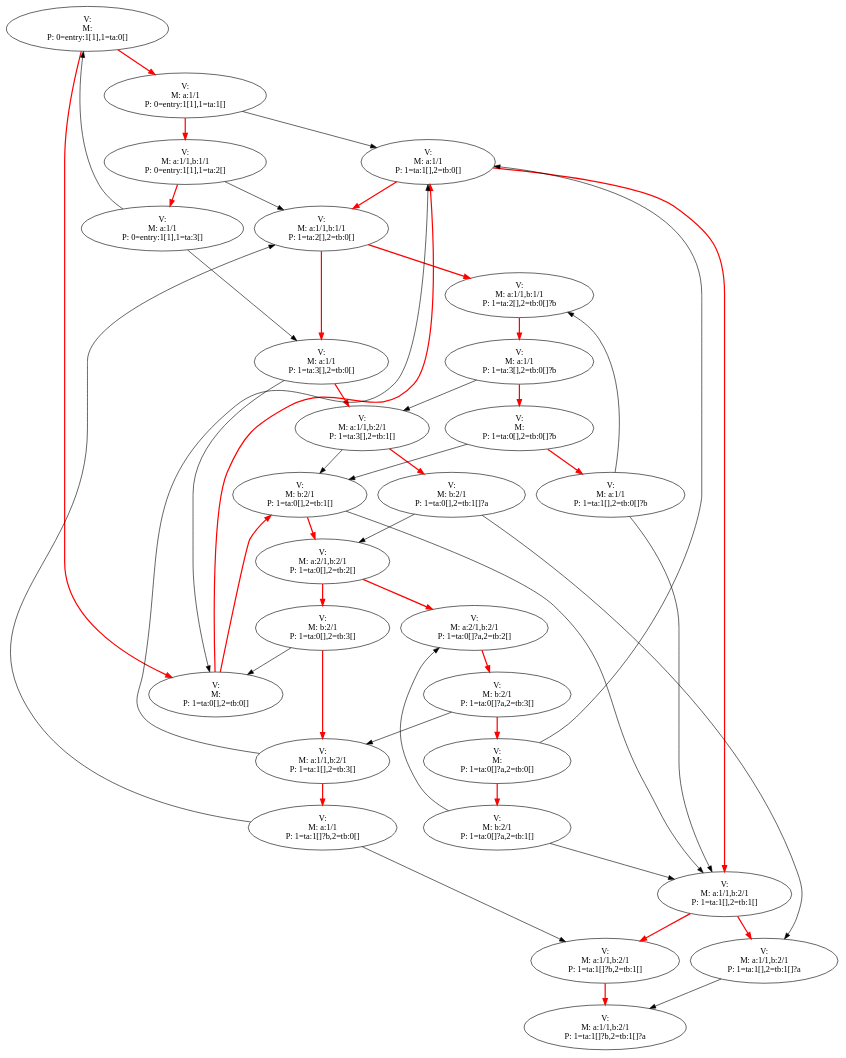
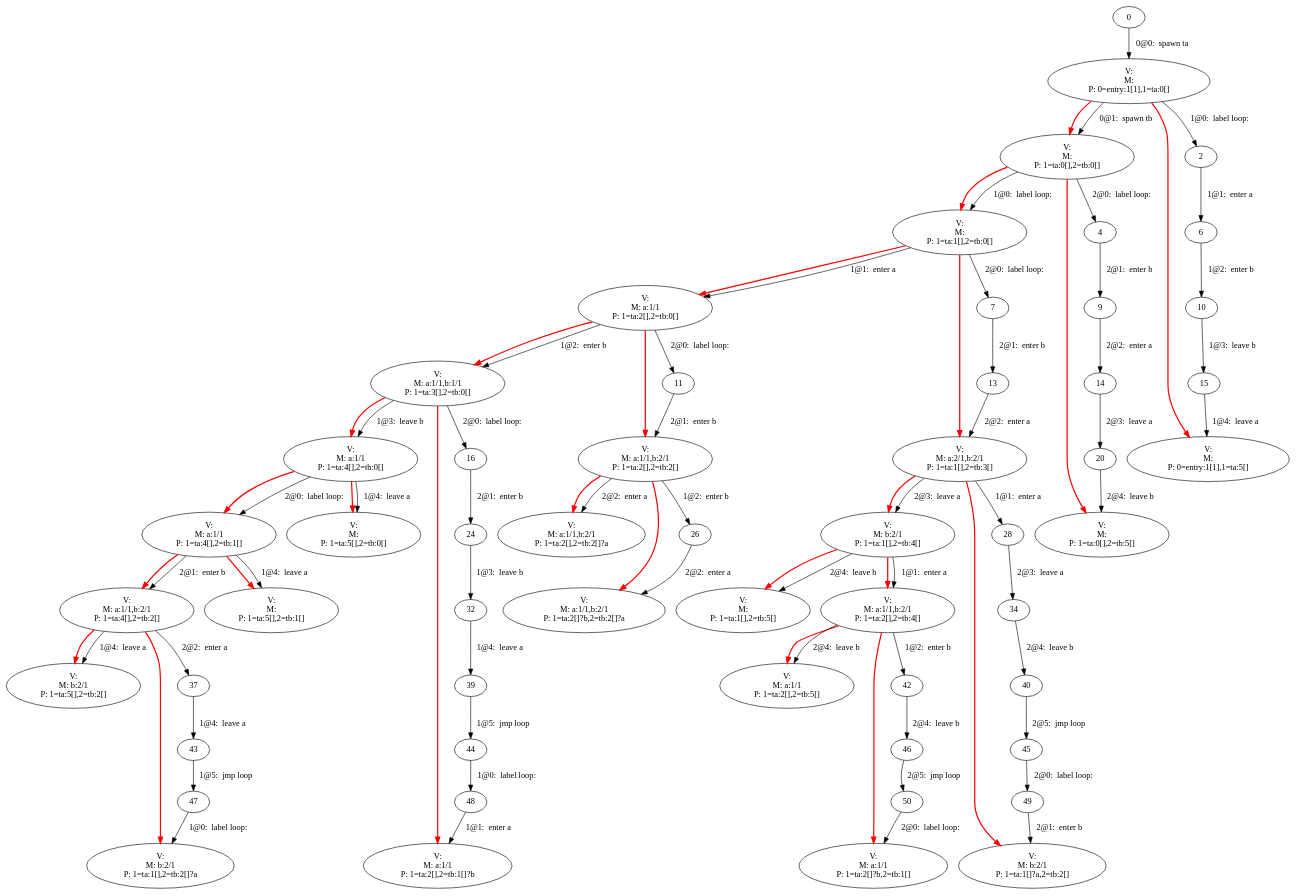
Before and after one commit to jkff/minxmod: the diagram in deadlock.dot, drawn with Graphviz. The commit also changed 4 other files, not shown here.

Commit message:
First (broken) draft of annotated graphs - need to fix the generated graph

```diff
--- a/deadlock.dot
+++ b/deadlock.dot
@@ -1,77 +1,105 @@
 digraph g {
 1 [label = "V: \nM: \nP: 0=entry:1[1],1=ta:0[]"]
-2 [label = "V: \nM: a:1/1\nP: 0=entry:1[1],1=ta:1[]"]
 3 [label = "V: \nM: \nP: 1=ta:0[],2=tb:0[]"]
-4 [label = "V: \nM: b:2/1\nP: 1=ta:0[],2=tb:1[]"]
-5 [label = "V: \nM: a:1/1\nP: 1=ta:1[],2=tb:0[]"]
-6 [label = "V: \nM: a:1/1,b:1/1\nP: 0=entry:1[1],1=ta:2[]"]
-7 [label = "V: \nM: a:1/1,b:2/1\nP: 1=ta:1[],2=tb:1[]"]
-8 [label = "V: \nM: a:1/1,b:1/1\nP: 1=ta:2[],2=tb:0[]"]
-9 [label = "V: \nM: a:2/1,b:2/1\nP: 1=ta:0[],2=tb:2[]"]
-10 [label = "V: \nM: a:1/1\nP: 0=entry:1[1],1=ta:3[]"]
-11 [label = "V: \nM: a:1/1,b:1/1\nP: 1=ta:2[],2=tb:0[]?b"]
-12 [label = "V: \nM: a:1/1\nP: 1=ta:3[],2=tb:0[]"]
-13 [label = "V: \nM: a:1/1,b:2/1\nP: 1=ta:1[],2=tb:1[]?a"]
-14 [label = "V: \nM: a:1/1,b:2/1\nP: 1=ta:1[]?b,2=tb:1[]"]
-15 [label = "V: \nM: b:2/1\nP: 1=ta:0[],2=tb:3[]"]
-16 [label = "V: \nM: a:2/1,b:2/1\nP: 1=ta:0[]?a,2=tb:2[]"]
-18 [label = "V: \nM: a:1/1,b:2/1\nP: 1=ta:3[],2=tb:1[]"]
-20 [label = "V: \nM: a:1/1\nP: 1=ta:3[],2=tb:0[]?b"]
-21 [label = "V: \nM: a:1/1,b:2/1\nP: 1=ta:1[]?b,2=tb:1[]?a"]
-22 [label = "V: \nM: b:2/1\nP: 1=ta:0[]?a,2=tb:3[]"]
-24 [label = "V: \nM: a:1/1,b:2/1\nP: 1=ta:1[],2=tb:3[]"]
-32 [label = "V: \nM: \nP: 1=ta:0[],2=tb:0[]?b"]
-33 [label = "V: \nM: \nP: 1=ta:0[]?a,2=tb:0[]"]
-35 [label = "V: \nM: b:2/1\nP: 1=ta:0[],2=tb:1[]?a"]
-36 [label = "V: \nM: a:1/1\nP: 1=ta:1[],2=tb:0[]?b"]
-37 [label = "V: \nM: b:2/1\nP: 1=ta:0[]?a,2=tb:1[]"]
-38 [label = "V: \nM: a:1/1\nP: 1=ta:1[]?b,2=tb:0[]"]
+5 [label = "V: \nM: \nP: 1=ta:1[],2=tb:0[]"]
+8 [label = "V: \nM: a:1/1\nP: 1=ta:2[],2=tb:0[]"]
+12 [label = "V: \nM: a:1/1,b:1/1\nP: 1=ta:3[],2=tb:0[]"]
+17 [label = "V: \nM: a:1/1\nP: 1=ta:4[],2=tb:0[]"]
+18 [label = "V: \nM: a:1/1,b:2/1\nP: 1=ta:2[],2=tb:2[]"]
+19 [label = "V: \nM: a:2/1,b:2/1\nP: 1=ta:1[],2=tb:3[]"]
+21 [label = "V: \nM: \nP: 0=entry:1[1],1=ta:5[]"]
+22 [label = "V: \nM: a:1/1\nP: 1=ta:4[],2=tb:1[]"]
+23 [label = "V: \nM: \nP: 1=ta:5[],2=tb:0[]"]
+25 [label = "V: \nM: a:1/1,b:2/1\nP: 1=ta:2[],2=tb:2[]?a"]
+27 [label = "V: \nM: b:2/1\nP: 1=ta:1[],2=tb:4[]"]
+29 [label = "V: \nM: \nP: 1=ta:0[],2=tb:5[]"]
+30 [label = "V: \nM: a:1/1,b:2/1\nP: 1=ta:4[],2=tb:2[]"]
+31 [label = "V: \nM: \nP: 1=ta:5[],2=tb:1[]"]
+33 [label = "V: \nM: a:1/1,b:2/1\nP: 1=ta:2[]?b,2=tb:2[]?a"]
+35 [label = "V: \nM: \nP: 1=ta:1[],2=tb:5[]"]
+36 [label = "V: \nM: a:1/1,b:2/1\nP: 1=ta:2[],2=tb:4[]"]
+38 [label = "V: \nM: b:2/1\nP: 1=ta:5[],2=tb:2[]"]
+41 [label = "V: \nM: a:1/1\nP: 1=ta:2[],2=tb:5[]"]
+51 [label = "V: \nM: b:2/1\nP: 1=ta:1[],2=tb:2[]?a"]
+52 [label = "V: \nM: a:1/1\nP: 1=ta:2[],2=tb:1[]?b"]
+53 [label = "V: \nM: b:2/1\nP: 1=ta:1[]?a,2=tb:2[]"]
+54 [label = "V: \nM: a:1/1\nP: 1=ta:2[]?b,2=tb:1[]"]
 1 -> 3 [style=bold, color=red, weight=10]
-1 -> 2 [style=bold, color=red, weight=10]
-2 -> 5 [constraint=true]
-2 -> 6 [style=bold, color=red, weight=10]
+1 -> 21 [style=bold, color=red, weight=10]
 3 -> 5 [style=bold, color=red, weight=10]
-3 -> 4 [style=bold, color=red, weight=10]
-4 -> 7 [constraint=true]
-4 -> 9 [style=bold, color=red, weight=10]
+3 -> 29 [style=bold, color=red, weight=10]
 5 -> 8 [style=bold, color=red, weight=10]
-5 -> 7 [style=bold, color=red, weight=10]
-6 -> 8 [constraint=true]
-6 -> 10 [style=bold, color=red, weight=10]
-7 -> 14 [style=bold, color=red, weight=10]
-7 -> 13 [style=bold, color=red, weight=10]
+5 -> 19 [style=bold, color=red, weight=10]
 8 -> 12 [style=bold, color=red, weight=10]
-8 -> 11 [style=bold, color=red, weight=10]
-9 -> 16 [style=bold, color=red, weight=10]
-9 -> 15 [style=bold, color=red, weight=10]
-10 -> 12 [constraint=true]
-10 -> 1 [constraint=true]
-11 -> 20 [style=bold, color=red, weight=10]
-12 -> 3 [constraint=true]
-12 -> 18 [style=bold, color=red, weight=10]
-13 -> 21 [constraint=true]
-14 -> 21 [style=bold, color=red, weight=10]
-15 -> 24 [style=bold, color=red, weight=10]
-15 -> 3 [constraint=true]
-16 -> 22 [style=bold, color=red, weight=10]
-18 -> 4 [constraint=true]
-18 -> 35 [style=bold, color=red, weight=10]
-20 -> 32 [style=bold, color=red, weight=10]
-20 -> 18 [constraint=true]
-22 -> 24 [constraint=true]
-22 -> 33 [style=bold, color=red, weight=10]
-24 -> 38 [style=bold, color=red, weight=10]
-24 -> 5 [constraint=true]
-32 -> 36 [style=bold, color=red, weight=10]
-32 -> 4 [constraint=true]
-33 -> 5 [constraint=true]
-33 -> 37 [style=bold, color=red, weight=10]
-35 -> 13 [constraint=true]
-35 -> 9 [constraint=true]
-36 -> 11 [constraint=true]
-36 -> 7 [constraint=true]
-37 -> 7 [constraint=true]
-37 -> 16 [constraint=true]
-38 -> 8 [constraint=true]
-38 -> 14 [constraint=true]
+8 -> 18 [style=bold, color=red, weight=10]
+12 -> 17 [style=bold, color=red, weight=10]
+12 -> 52 [style=bold, color=red, weight=10]
+17 -> 23 [style=bold, color=red, weight=10]
+17 -> 22 [style=bold, color=red, weight=10]
+18 -> 33 [style=bold, color=red, weight=10]
+18 -> 25 [style=bold, color=red, weight=10]
+19 -> 53 [style=bold, color=red, weight=10]
+19 -> 27 [style=bold, color=red, weight=10]
+22 -> 31 [style=bold, color=red, weight=10]
+22 -> 30 [style=bold, color=red, weight=10]
+27 -> 36 [style=bold, color=red, weight=10]
+27 -> 35 [style=bold, color=red, weight=10]
+30 -> 38 [style=bold, color=red, weight=10]
+30 -> 51 [style=bold, color=red, weight=10]
+36 -> 54 [style=bold, color=red, weight=10]
+36 -> 41 [style=bold, color=red, weight=10]
+0 -> 1 [label = "0@0:  spawn ta\n"]
+1 -> 2 [label = "1@0:  label loop:\n"]
+1 -> 3 [label = "0@1:  spawn tb\n"]
+2 -> 6 [label = "1@1:  enter a\n"]
+3 -> 4 [label = "2@0:  label loop:\n"]
+3 -> 5 [label = "1@0:  label loop:\n"]
+4 -> 9 [label = "2@1:  enter b\n"]
+5 -> 7 [label = "2@0:  label loop:\n"]
+5 -> 8 [label = "1@1:  enter a\n"]
+6 -> 10 [label = "1@2:  enter b\n"]
+7 -> 13 [label = "2@1:  enter b\n"]
+8 -> 11 [label = "2@0:  label loop:\n"]
+8 -> 12 [label = "1@2:  enter b\n"]
+9 -> 14 [label = "2@2:  enter a\n"]
+10 -> 15 [label = "1@3:  leave b\n"]
+11 -> 18 [label = "2@1:  enter b\n"]
+12 -> 16 [label = "2@0:  label loop:\n"]
+12 -> 17 [label = "1@3:  leave b\n"]
+13 -> 19 [label = "2@2:  enter a\n"]
+14 -> 20 [label = "2@3:  leave a\n"]
+15 -> 21 [label = "1@4:  leave a\n"]
+16 -> 24 [label = "2@1:  enter b\n"]
+17 -> 22 [label = "2@0:  label loop:\n"]
+17 -> 23 [label = "1@4:  leave a\n"]
+18 -> 25 [label = "2@2:  enter a\n"]
+18 -> 26 [label = "1@2:  enter b\n"]
+19 -> 27 [label = "2@3:  leave a\n"]
+19 -> 28 [label = "1@1:  enter a\n"]
+20 -> 29 [label = "2@4:  leave b\n"]
+22 -> 30 [label = "2@1:  enter b\n"]
+22 -> 31 [label = "1@4:  leave a\n"]
+24 -> 32 [label = "1@3:  leave b\n"]
+26 -> 33 [label = "2@2:  enter a\n"]
+27 -> 35 [label = "2@4:  leave b\n"]
+27 -> 36 [label = "1@1:  enter a\n"]
+28 -> 34 [label = "2@3:  leave a\n"]
+30 -> 37 [label = "2@2:  enter a\n"]
+30 -> 38 [label = "1@4:  leave a\n"]
+32 -> 39 [label = "1@4:  leave a\n"]
+34 -> 40 [label = "2@4:  leave b\n"]
+36 -> 41 [label = "2@4:  leave b\n"]
+36 -> 42 [label = "1@2:  enter b\n"]
+37 -> 43 [label = "1@4:  leave a\n"]
+39 -> 44 [label = "1@5:  jmp loop\n"]
+40 -> 45 [label = "2@5:  jmp loop\n"]
+42 -> 46 [label = "2@4:  leave b\n"]
+43 -> 47 [label = "1@5:  jmp loop\n"]
+44 -> 48 [label = "1@0:  label loop:\n"]
+45 -> 49 [label = "2@0:  label loop:\n"]
+46 -> 50 [label = "2@5:  jmp loop\n"]
+47 -> 51 [label = "1@0:  label loop:\n"]
+48 -> 52 [label = "1@1:  enter a\n"]
+49 -> 53 [label = "2@1:  enter b\n"]
+50 -> 54 [label = "2@0:  label loop:\n"]
 }
```
